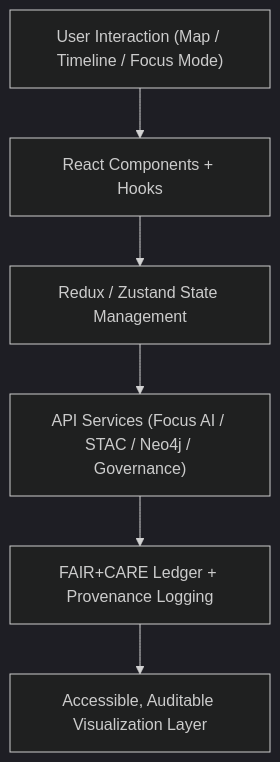
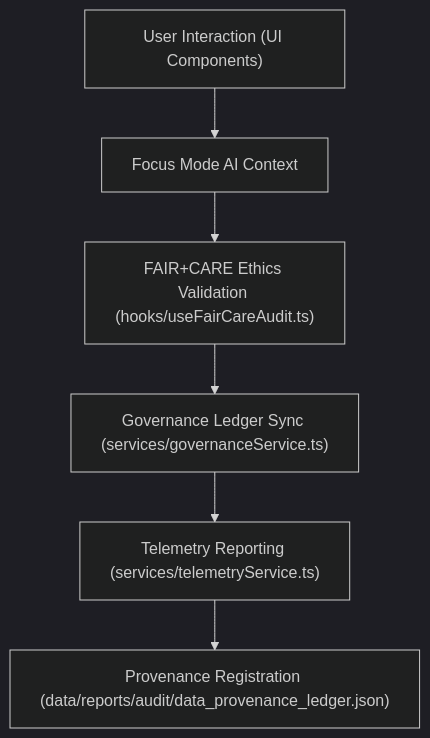
One commit to bartytime4life/Kansas-Frontier-Matrix changed the diagram in web/src/README.md. Above: the diagram before and after it, drawn with Mermaid (dark theme). The commit also changed other lines of this file, not shown here.

````diff
--- a/web/src/README.md
+++ b/web/src/README.md
@@ -95,8 +106,8 @@
 ```mermaid
 flowchart TD
-  A["User Interaction (Map / Timeline / Focus Mode)"] --> B["React Components + Hooks"]
-  B --> C["Redux / Zustand State Management"]
-  C --> D["API Services (Focus AI / STAC / Neo4j / Governance)"]
-  D --> E["FAIR+CARE Ledger + Provenance Logging"]
-  E --> F["Accessible, Auditable Visualization Layer"]
+    A["User Interaction (UI Components)"] --> B["Focus Mode AI Context"]
+    B --> C["FAIR+CARE Ethics Validation (hooks/useFairCareAudit.ts)"]
+    C --> D["Governance Ledger Sync (services/governanceService.ts)"]
+    D --> E["Telemetry Reporting (services/telemetryService.ts)"]
+    E --> F["Provenance Registration (data/reports/audit/data_provenance_ledger.json)"]
 ```
````
